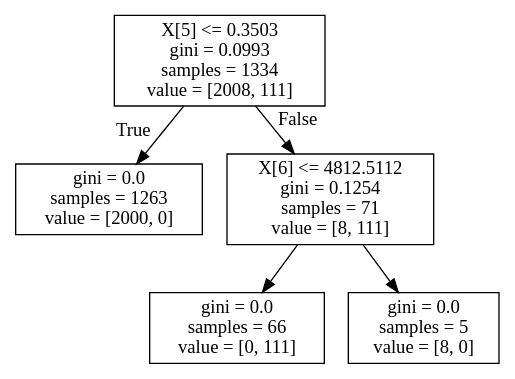
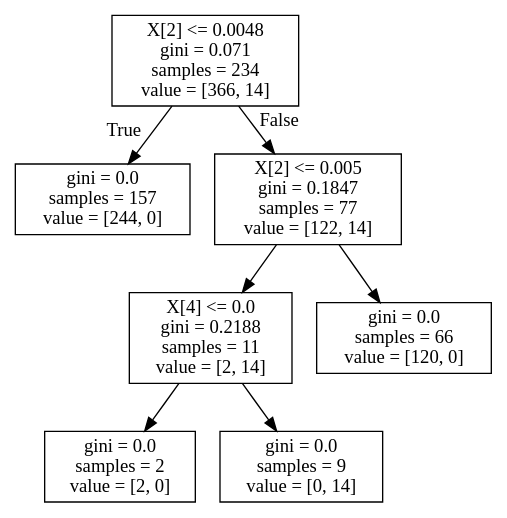
The diagram in 7.dot (imwack/facebook), drawn with Graphviz before and after one commit. The commit also changed 23 other files, not shown here.

```diff
--- a/7.dot
+++ b/7.dot
@@ -1,12 +1,16 @@
 digraph Tree {
 node [shape=box] ;
-0 [label="X[5] <= 0.3503\ngini = 0.0993\nsamples = 1334\nvalue = [2008, 111]"] ;
-1 [label="gini = 0.0\nsamples = 1263\nvalue = [2000, 0]"] ;
+0 [label="X[2] <= 0.0048\ngini = 0.071\nsamples = 234\nvalue = [366, 14]"] ;
+1 [label="gini = 0.0\nsamples = 157\nvalue = [244, 0]"] ;
 0 -> 1 [labeldistance=2.5, labelangle=45, headlabel="True"] ;
-2 [label="X[6] <= 4812.5112\ngini = 0.1254\nsamples = 71\nvalue = [8, 111]"] ;
+2 [label="X[2] <= 0.005\ngini = 0.1847\nsamples = 77\nvalue = [122, 14]"] ;
 0 -> 2 [labeldistance=2.5, labelangle=-45, headlabel="False"] ;
-3 [label="gini = 0.0\nsamples = 66\nvalue = [0, 111]"] ;
+3 [label="X[4] <= 0.0\ngini = 0.2188\nsamples = 11\nvalue = [2, 14]"] ;
 2 -> 3 ;
-4 [label="gini = 0.0\nsamples = 5\nvalue = [8, 0]"] ;
-2 -> 4 ;
+4 [label="gini = 0.0\nsamples = 2\nvalue = [2, 0]"] ;
+3 -> 4 ;
+5 [label="gini = 0.0\nsamples = 9\nvalue = [0, 14]"] ;
+3 -> 5 ;
+6 [label="gini = 0.0\nsamples = 66\nvalue = [120, 0]"] ;
+2 -> 6 ;
 }
```
